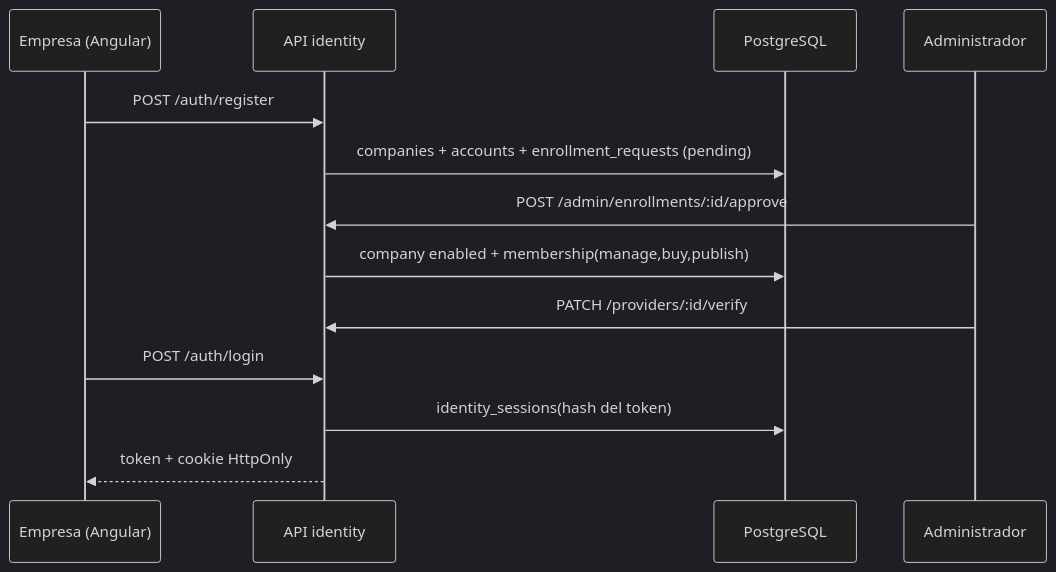
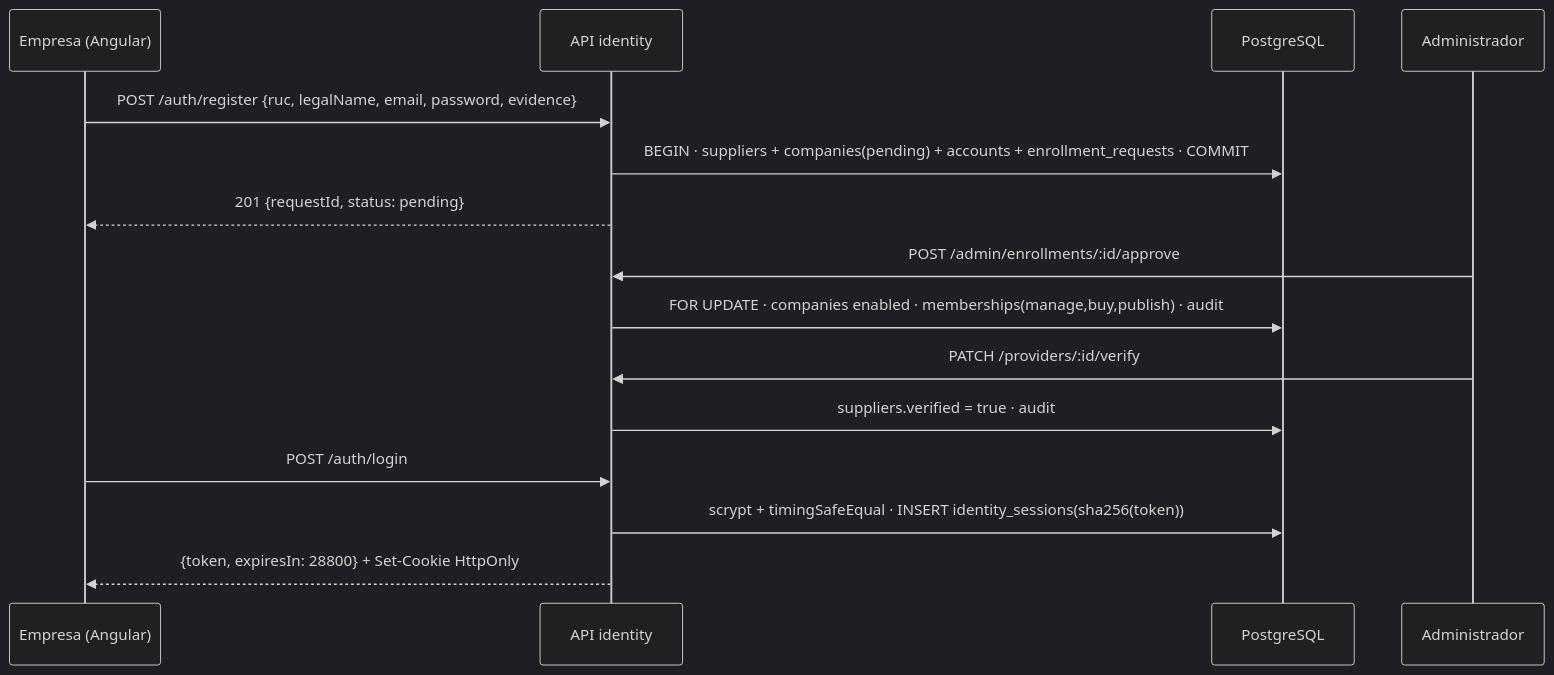
The diagram in docs/sprint-2/sdd/02-identidad/design.md (Yeltsin-MC/MayoristaPro-B2B-ArquitSoft), drawn with Mermaid (dark theme) before and after one commit. The commit also changed other lines of this file and 5 other files, not shown here.

````diff
--- a/docs/sprint-2/sdd/02-identidad/design.md
+++ b/docs/sprint-2/sdd/02-identidad/design.md
@@ -9,15 +60,17 @@
 ```mermaid
 sequenceDiagram
   participant E as Empresa (Angular)
   participant A as API identity
   participant DB as PostgreSQL
   participant AD as Administrador
-  E->>A: POST /auth/register
-  A->>DB: companies + accounts + enrollment_requests (pending)
+  E->>A: POST /auth/register {ruc, legalName, email, password, evidence}
+  A->>DB: BEGIN · suppliers + companies(pending) + accounts + enrollment_requests · COMMIT
+  A-->>E: 201 {requestId, status: pending}
   AD->>A: POST /admin/enrollments/:id/approve
-  A->>DB: company enabled + membership(manage,buy,publish)
+  A->>DB: FOR UPDATE · companies enabled · memberships(manage,buy,publish) · audit
   AD->>A: PATCH /providers/:id/verify
+  A->>DB: suppliers.verified = true · audit
   E->>A: POST /auth/login
-  A->>DB: identity_sessions(hash del token)
-  A-->>E: token + cookie HttpOnly
+  A->>DB: scrypt + timingSafeEqual · INSERT identity_sessions(sha256(token))
+  A-->>E: {token, expiresIn: 28800} + Set-Cookie HttpOnly
 ```
````
